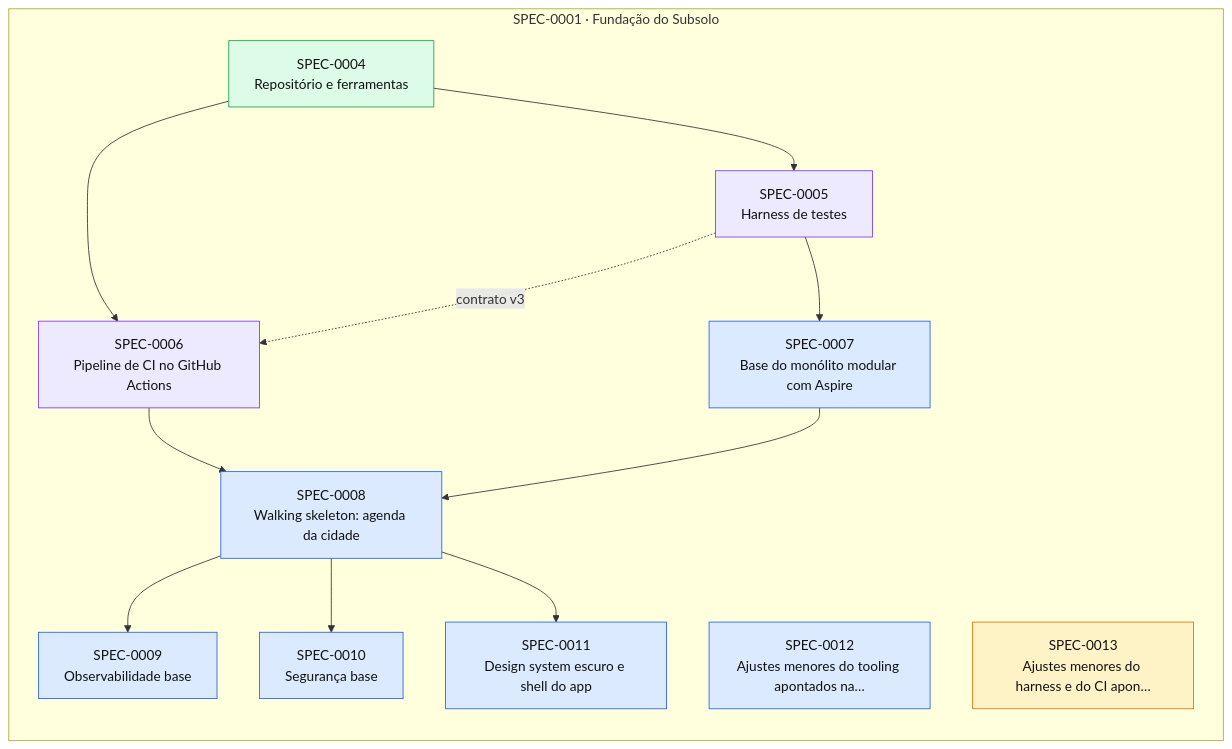
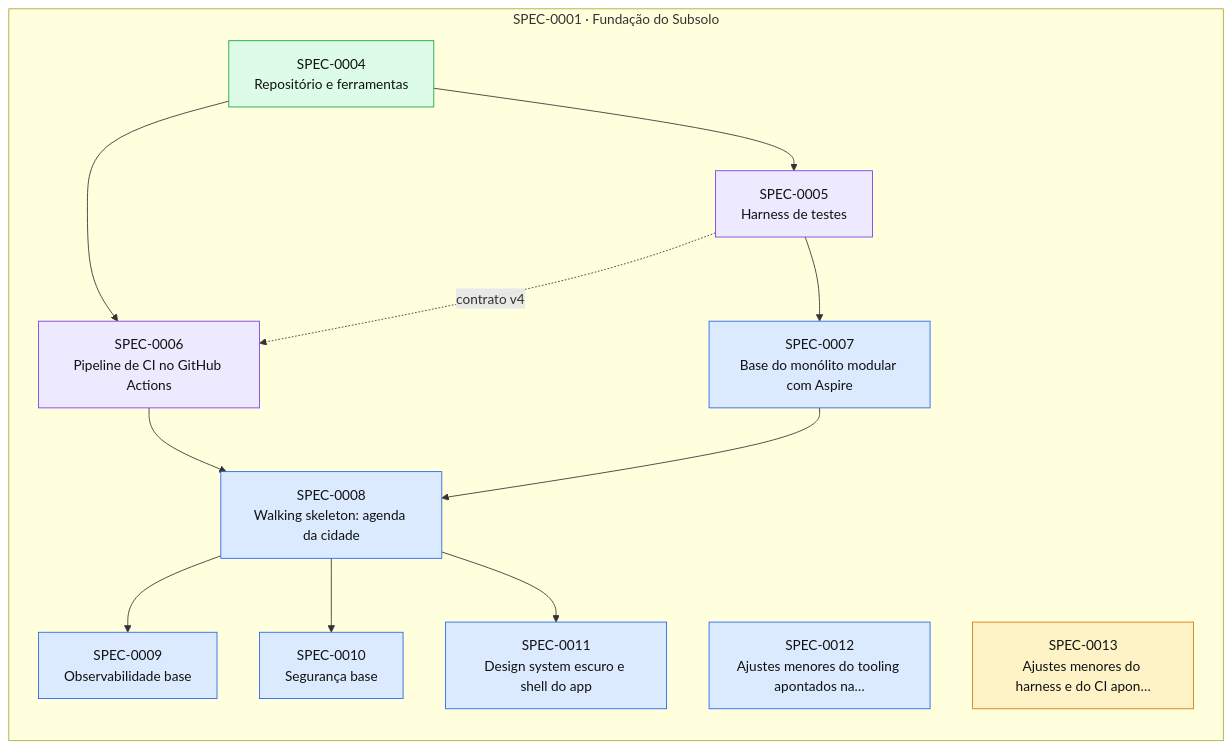
Before and after one commit to thomasravache/subsolo: the diagram in docs/specs/INDEX.md, drawn with Mermaid. The commit also changed other lines of this file and 3 other files, not shown here.

````diff
--- a/docs/specs/INDEX.md
+++ b/docs/specs/INDEX.md
@@ -75,29 +69,29 @@
 ```mermaid
 flowchart LR
   subgraph E0001["SPEC-0001 · Fundação do Subsolo"]
     S0004["SPEC-0004<br/>Repositório e ferramentas"]:::implemented
     S0005["SPEC-0005<br/>Harness de testes"]:::inprogress
     S0006["SPEC-0006<br/>Pipeline de CI no GitHub Actions"]:::inprogress
     S0007["SPEC-0007<br/>Base do monólito modular com Aspire"]:::approved
     S0008["SPEC-0008<br/>Walking skeleton: agenda da cidade"]:::approved
     S0009["SPEC-0009<br/>Observabilidade base"]:::approved
     S0010["SPEC-0010<br/>Segurança base"]:::approved
     S0011["SPEC-0011<br/>Design system escuro e shell do app"]:::approved
     S0012["SPEC-0012<br/>Ajustes menores do tooling apontados na…"]:::approved
     S0013["SPEC-0013<br/>Ajustes menores do harness e do CI apon…"]:::proposed
   end
   S0004 --> S0005
   S0004 --> S0006
-  S0005 -. contrato v3 .-> S0006
+  S0005 -. contrato v4 .-> S0006
   S0005 --> S0007
   S0006 --> S0008
   S0007 --> S0008
   S0008 --> S0009
   S0008 --> S0010
   S0008 --> S0011
   classDef proposed fill:#fef3c7,stroke:#d97706,color:#111
   classDef approved fill:#dbeafe,stroke:#2563eb,color:#111
   classDef inprogress fill:#ede9fe,stroke:#7c3aed,color:#111
   classDef implemented fill:#dcfce7,stroke:#16a34a,color:#111
   classDef deprecated fill:#f3f4f6,stroke:#9ca3af,color:#6b7280
 ```
````
